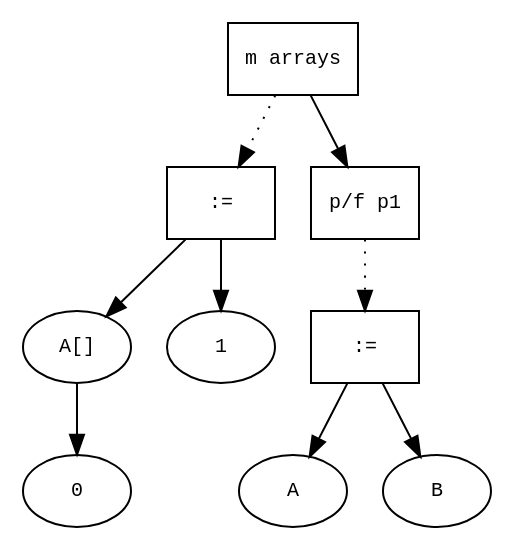
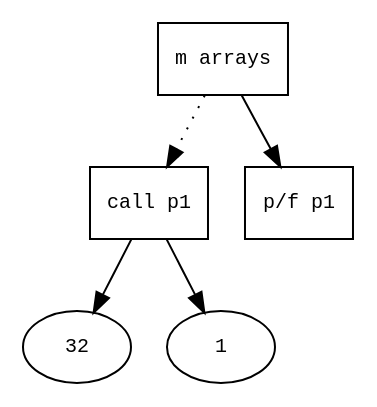
One commit to Kedia94/Compiler_2016sp changed the diagram in 3.Semantic.Analysis/snuplc/mod.mod.ast.dot. Above: the diagram before and after it, drawn with Graphviz. The commit also changed 13 other files, not shown here.

```diff
--- a/3.Semantic.Analysis/snuplc/mod.mod.ast.dot
+++ b/3.Semantic.Analysis/snuplc/mod.mod.ast.dot
@@ -1,23 +1,15 @@
 digraph AST {
   graph [fontname="Times New Roman",fontsize=10];
   node  [fontname="Courier New",fontsize=10];
   edge  [fontname="Times New Roman",fontsize=10];
 
   node0 [label="m arrays",shape=box];
-  node12 [label=":=",shape=box];
-  node9 [label="A[]",shape=ellipse];
-  node10 [label="0",shape=ellipse];
-  node9-> node10;
-  node12->node9;
-  node11 [label="1",shape=ellipse];
-  node12->node11;
-  node0 -> node12 [style=dotted];
-  node5 [label="p/f p1",shape=box];
-  node8 [label=":=",shape=box];
-  node6 [label="A",shape=ellipse];
-  node8->node6;
-  node7 [label="B",shape=ellipse];
-  node8->node7;
-  node5 -> node8 [style=dotted];
-  node0 -> node5;
+  node5 [label="call p1",shape=box];
+  node6 [label="32",shape=ellipse];
+  node5->node6;
+  node7 [label="1",shape=ellipse];
+  node5->node7;
+  node0 -> node5 [style=dotted];
+  node3 [label="p/f p1",shape=box];
+  node0 -> node3;
 }
```
